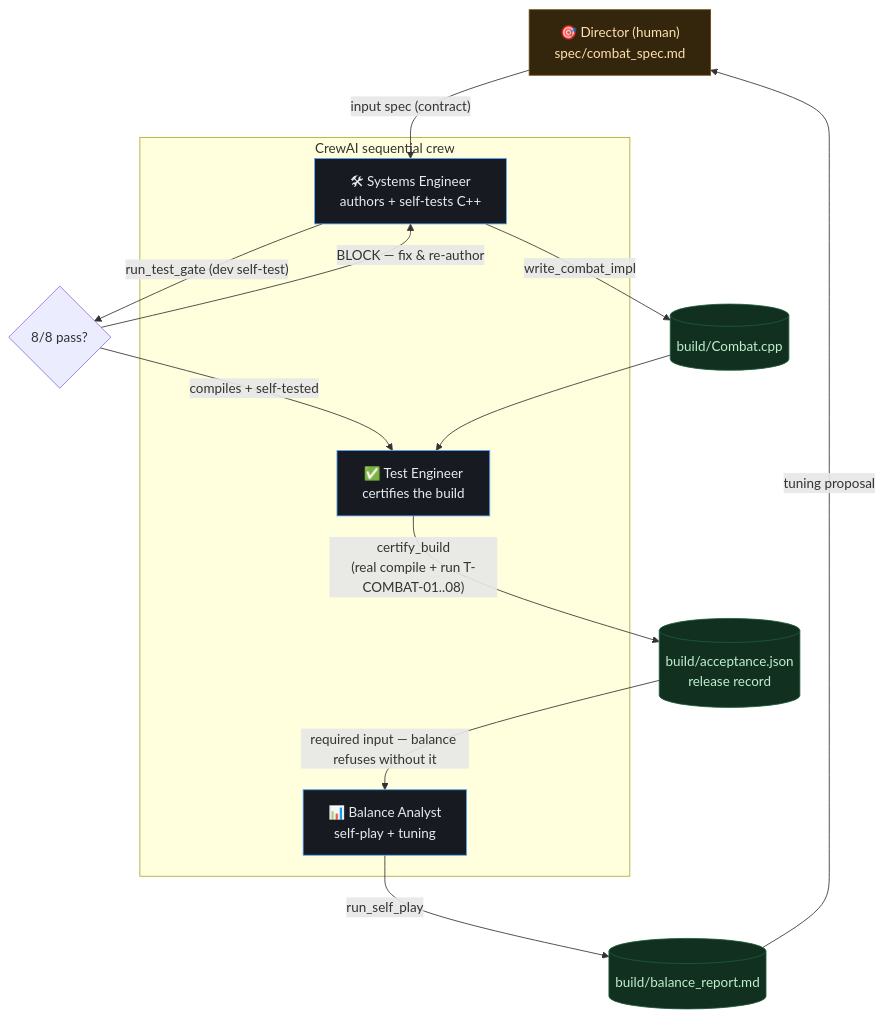
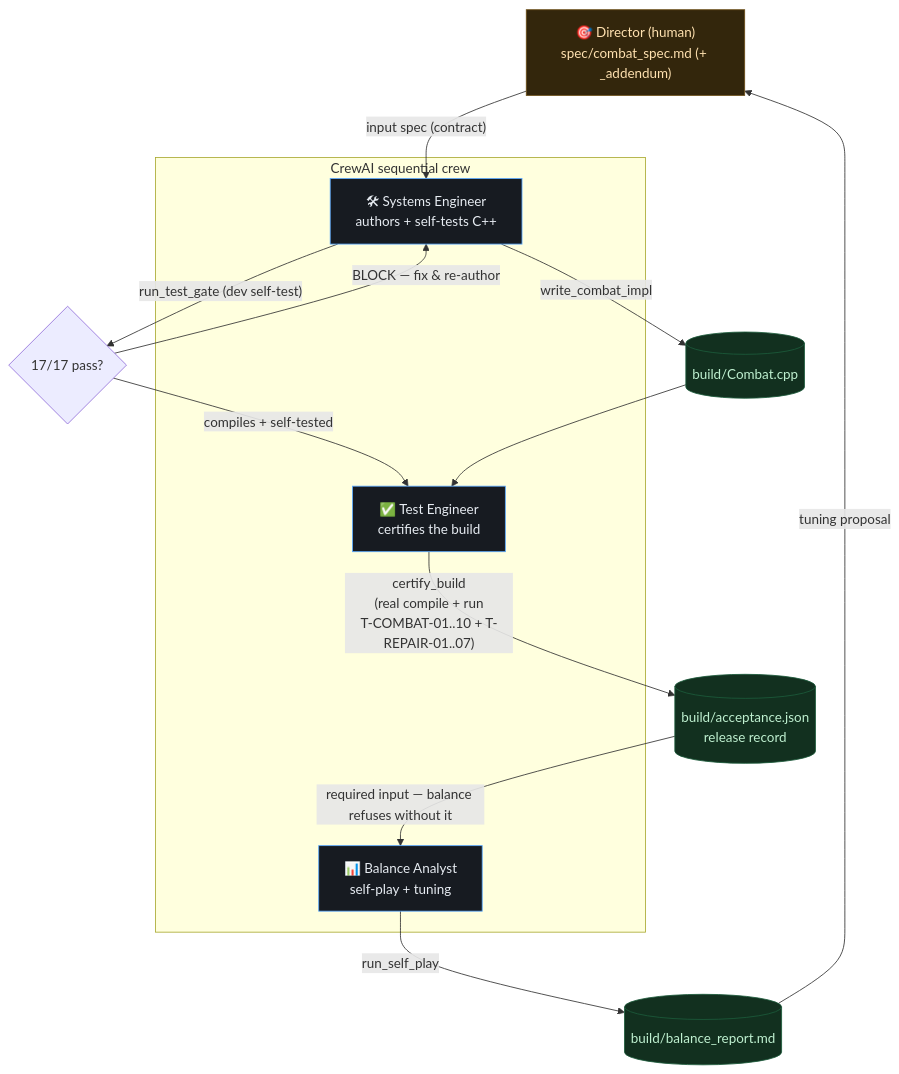
The diagram in diagram.mmd (jakemartin/stratocracy-crew), drawn with Mermaid before and after one commit. The commit also changed 11 other files, not shown here.

First line of the commit message:
Wire type-effectiveness + repair into the combat gate (17 invariants)

```diff
--- a/diagram.mmd
+++ b/diagram.mmd
@@ -1,32 +1,32 @@
 %% Stratocracy Agent Crew — roles, tools, and data flow (GDD §3 headless crew)
 %% Each agent owns a distinct artifact; removing any one breaks the chain.
 flowchart TD
-    D["🎯 Director (human)<br/>spec/combat_spec.md"]
+    D["🎯 Director (human)<br/>spec/combat_spec.md (+ _addendum)"]
 
     subgraph CREW["CrewAI sequential crew"]
         SE["🛠 Systems Engineer<br/>authors + self-tests C++"]
         TE["✅ Test Engineer<br/>certifies the build"]
         BA["📊 Balance Analyst<br/>self-play + tuning"]
     end
 
     IMPL[("build/Combat.cpp")]
     ACC[("build/acceptance.json<br/>release record")]
     REPORT[("build/balance_report.md")]
 
     D -->|"input spec (contract)"| SE
     SE -->|"write_combat_impl"| IMPL
-    SE -->|"run_test_gate (dev self-test)"| SELF{"8/8 pass?"}
+    SE -->|"run_test_gate (dev self-test)"| SELF{"17/17 pass?"}
     SELF -->|"BLOCK — fix & re-author"| SE
     SELF -->|"compiles + self-tested"| TE
     IMPL --> TE
-    TE -->|"certify_build<br/>(real compile + run T-COMBAT-01..08)"| ACC
+    TE -->|"certify_build<br/>(real compile + run<br/>T-COMBAT-01..10 + T-REPAIR-01..07)"| ACC
     ACC -->|"required input — balance refuses without it"| BA
     BA -->|"run_self_play"| REPORT
     REPORT -->|"tuning proposal"| D
 
     classDef human fill:#33260c,stroke:#6b4d16,color:#ffe1b0;
     classDef agent fill:#171b21,stroke:#5aa9ff,color:#e7ecf2;
     classDef data fill:#12301f,stroke:#1c5b3b,color:#bff0d0;
     class D human;
     class SE,TE,BA agent;
     class IMPL,ACC,REPORT data;
```
